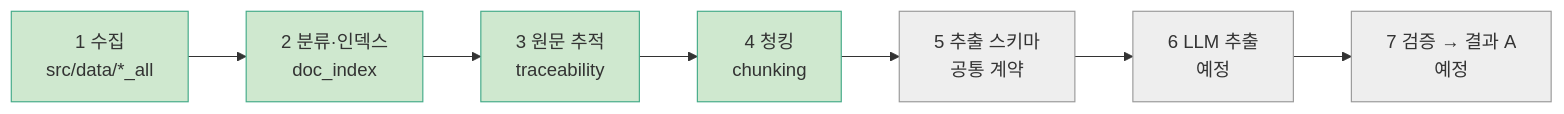
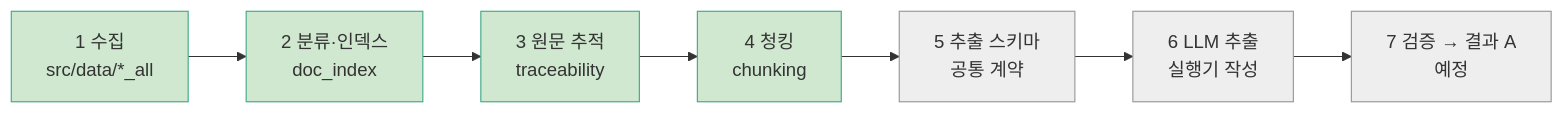
Before and after one commit to encore-ai-campus/mle-02-p2-team3: the first of 2 diagrams in src/card_benefit/payment_card/file_pipeline/README.md, drawn with Mermaid. The commit also changed other lines of this file and 8 other files, not shown here.

````diff
--- a/src/card_benefit/payment_card/file_pipeline/README.md
+++ b/src/card_benefit/payment_card/file_pipeline/README.md
@@ -16,14 +16,14 @@
 ```mermaid
 flowchart LR
     A[1 수집<br/>src/data/*_all] --> B[2 분류·인덱스<br/>doc_index]
     B --> C[3 원문 추적<br/>traceability]
     C --> D[4 청킹<br/>chunking]
     D --> O[5 추출 스키마<br/>공통 계약]
-    O --> E[6 LLM 추출<br/>예정]
+    O --> E[6 LLM 추출<br/>실행기 작성]
     E --> F[7 검증 → 결과 A<br/>예정]
     classDef done fill:#cfe8cf,stroke:#4a8
     classDef doing fill:#fff1b8,stroke:#c90
     classDef todo fill:#eee,stroke:#999
     class A,B,C,D done
     class O,E,F todo
 ```
````
